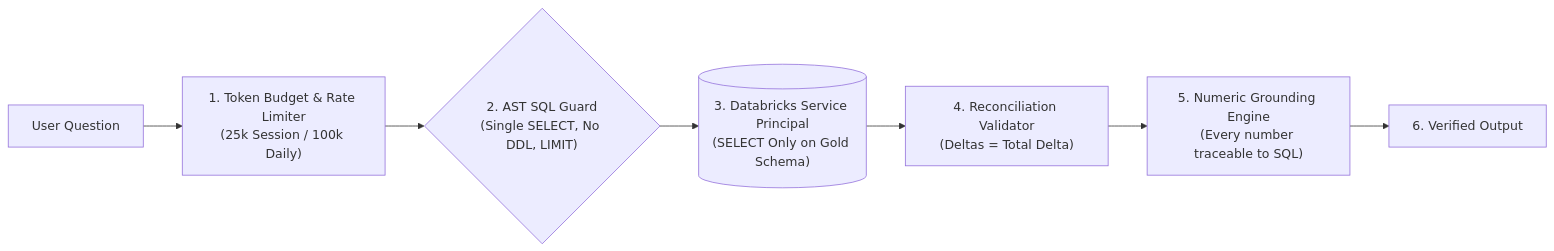
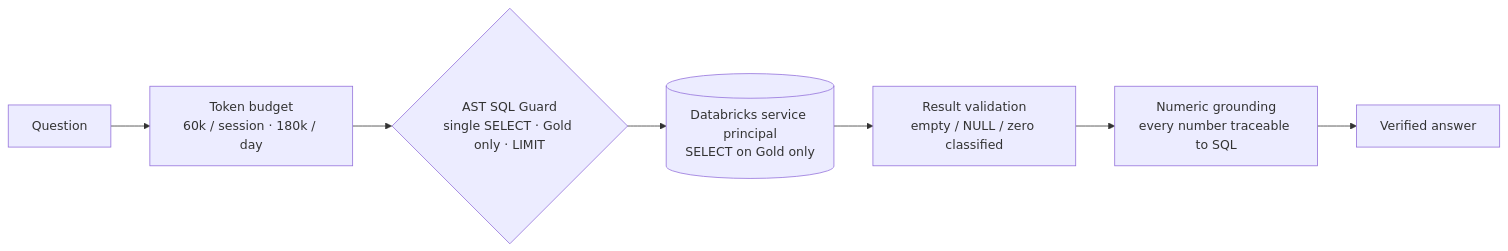
One commit to shehapsherif11-bit/Agentic-Data-Lakehouse changed the second of 3 diagrams in README.md. Above: the diagram before and after it, drawn with Mermaid. The commit also changed other lines of this file and 2 other files, not shown here.

First line of the commit message:
docs: rewrite README, add ARCHITECTURE.md, update DECISIONS.md

````diff
--- a/README.md
+++ b/README.md
@@ -176,9 +152,9 @@
 ```mermaid
 flowchart LR
-    Query["User Question"] --> Budget["1. Token Budget & Rate Limiter<br/>(25k Session / 100k Daily)"]
-    Budget --> Guard{"2. AST SQL Guard<br/>(Single SELECT, No DDL, LIMIT)"}
-    Guard --> DB[("3. Databricks Service Principal<br/>(SELECT Only on Gold Schema)")]
-    DB --> Reconcile["4. Reconciliation Validator<br/>(Deltas = Total Delta)"]
-    Reconcile --> Grounding["5. Numeric Grounding Engine<br/>(Every number traceable to SQL)"]
-    Grounding --> Verified["6. Verified Output"]
+    Q["Question"] --> B["Token budget<br/>60k / session · 180k / day"]
+    B --> G{"AST SQL Guard<br/>single SELECT · Gold only · LIMIT"}
+    G --> DB[("Databricks service principal<br/>SELECT on Gold only")]
+    DB --> RV["Result validation<br/>empty / NULL / zero classified"]
+    RV --> NG["Numeric grounding<br/>every number traceable to SQL"]
+    NG --> A["Verified answer"]
 ```
````
